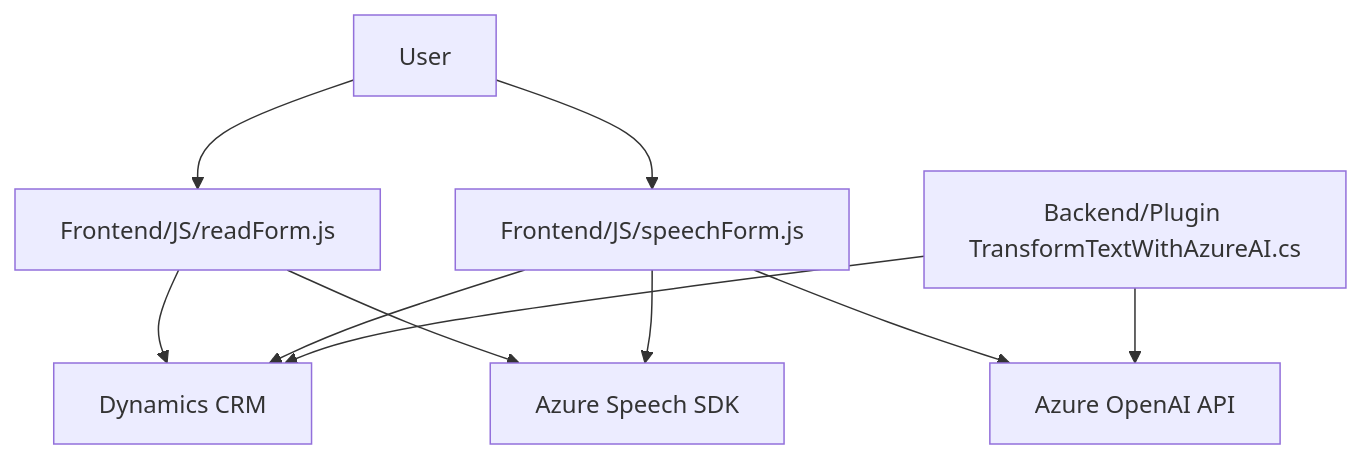
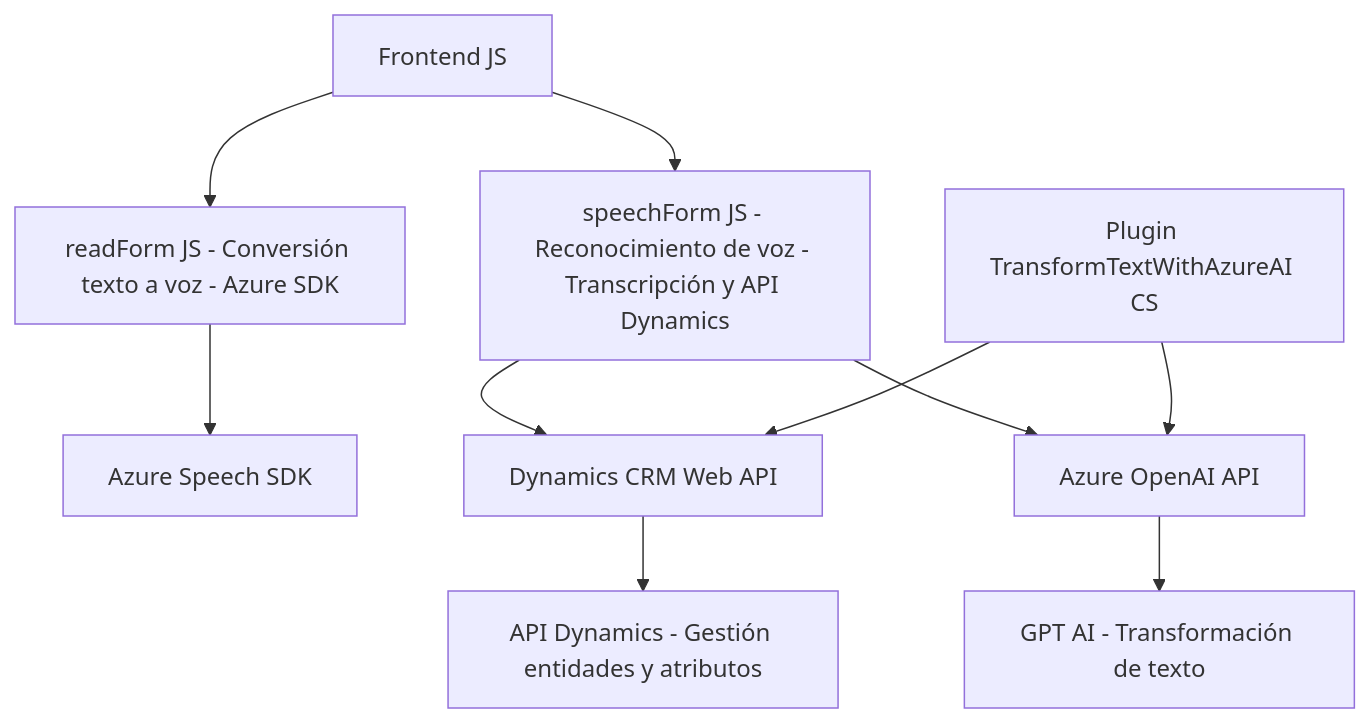
The diagram in README.md (blopezdm/NETCORE_BILBAO2025), drawn with Mermaid before and after one commit. The commit also changed other lines of this file, not shown here.

````diff
--- a/README.md
+++ b/README.md
@@ -46,20 +44,12 @@
 ```mermaid
 graph TD
-    A["Frontend/JS/readForm.js"]
-    B["Frontend/JS/speechForm.js"]
-    C["Backend/Plugin TransformTextWithAzureAI.cs"]
-    D["Dynamics CRM"]
-    E["Azure Speech SDK"]
-    F["Azure OpenAI API"]
-    G["User"]
-
-    G --> A
-    G --> B
-    A --> D
-    A --> E
-    B --> D
-    B --> E
-    B --> F
-    C --> F
-    C --> D
+    A["Frontend JS"] --> B["readForm JS - Conversión texto a voz - Azure SDK"]
+    A --> C["speechForm JS - Reconocimiento de voz - Transcripción y API Dynamics"]
+    B --> D["Azure Speech SDK"]
+    C --> E["Dynamics CRM Web API"]
+    C --> F["Azure OpenAI API"]
+    E --> G["API Dynamics - Gestión entidades y atributos"]
+    F --> H["GPT AI - Transformación de texto"]
+    I["Plugin TransformTextWithAzureAI CS"] --> E
+    I --> F
 ```
````
